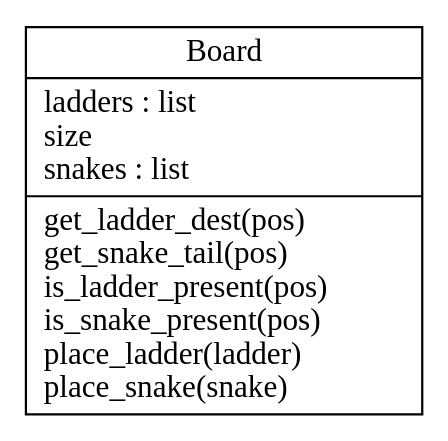
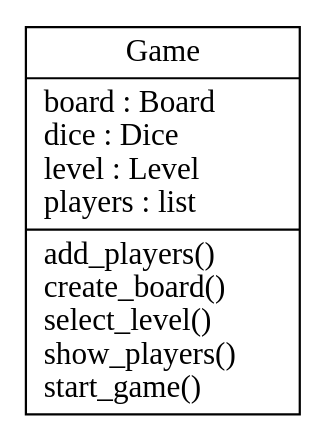
One commit to osmium8/snake-ladders-LLD changed the diagram in classes.dot. Above: the diagram before and after it, drawn with Graphviz. The commit also changed 15 other files, not shown here.

```diff
--- a/classes.dot
+++ b/classes.dot
@@ -1,5 +1,5 @@
 digraph "classes" {
 rankdir=BT
 charset="utf-8"
-"board.Board" [color="black", fontcolor="black", label="{Board|ladders : list\lsize\lsnakes : list\l|get_ladder_dest(pos)\lget_snake_tail(pos)\lis_ladder_present(pos)\lis_snake_present(pos)\lplace_ladder(ladder)\lplace_snake(snake)\l}", shape="record", style="solid"];
+"game.Game" [color="black", fontcolor="black", label="{Game|board : Board\ldice : Dice\llevel : Level\lplayers : list\l|add_players()\lcreate_board()\lselect_level()\lshow_players()\lstart_game()\l}", shape="record", style="solid"];
 }
```
